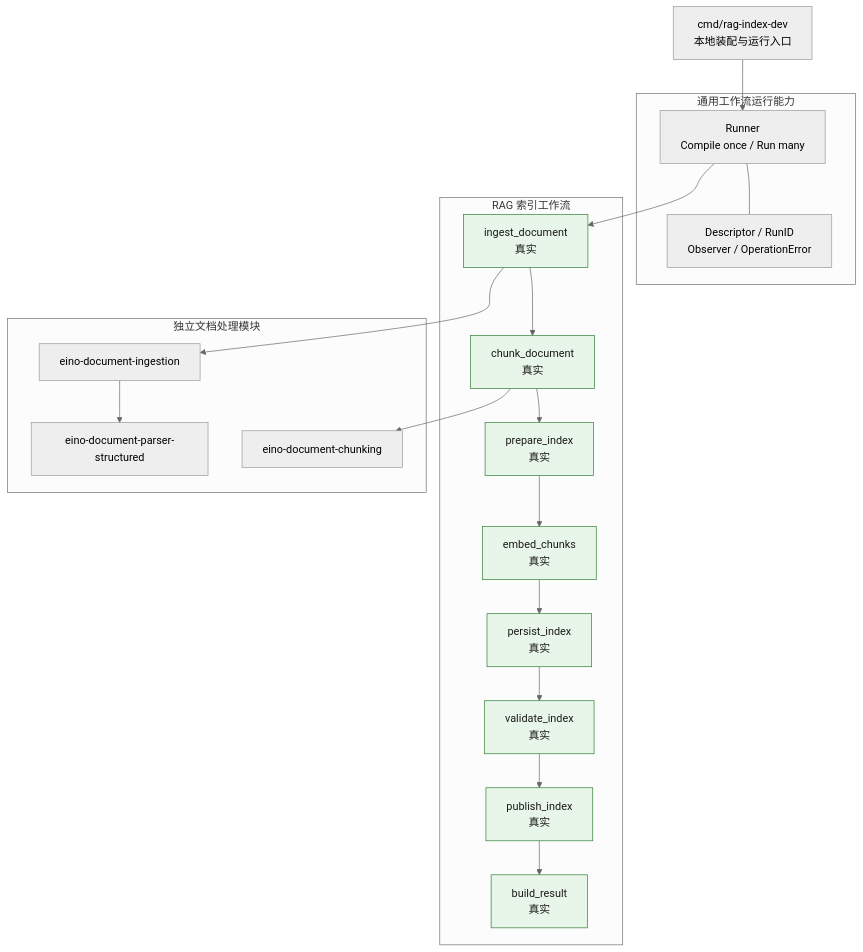
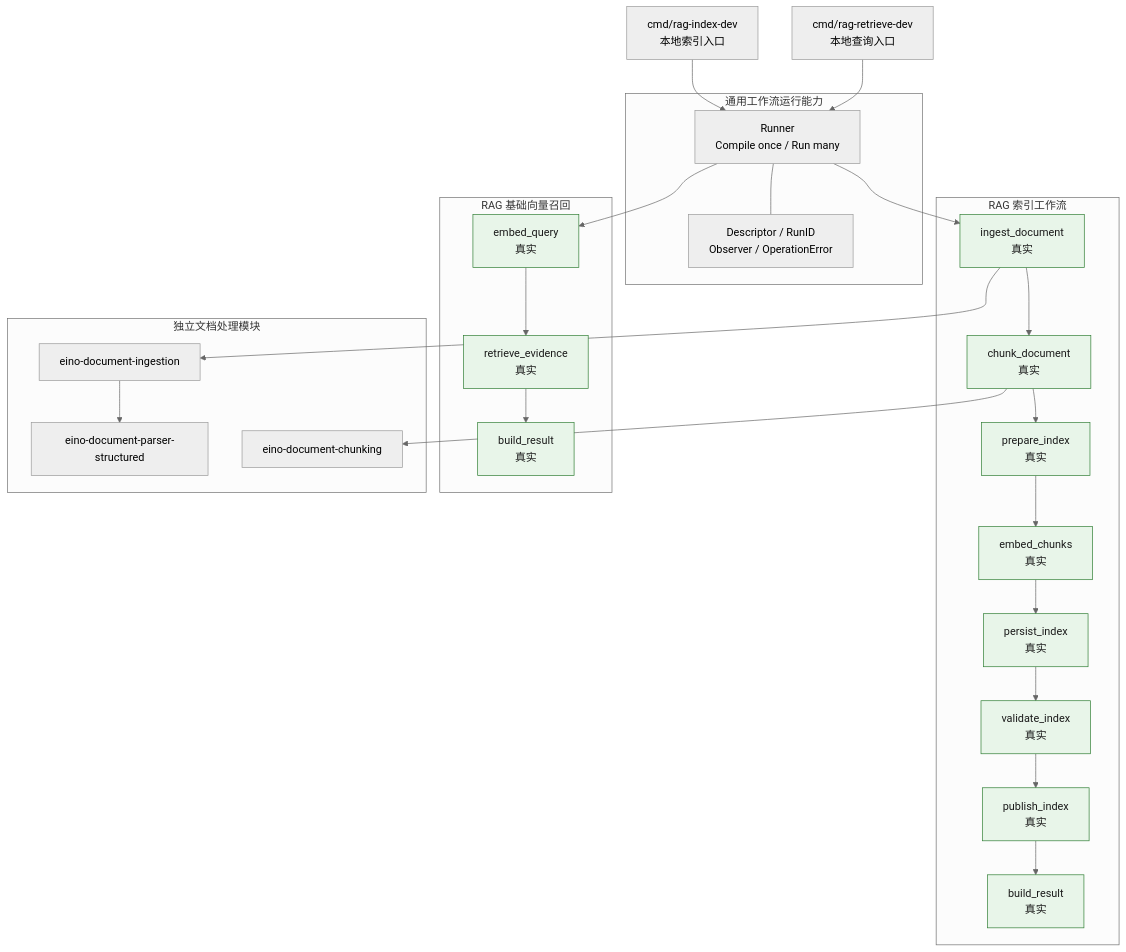
One commit to wo4zhuzi/eino-flow changed the first of 3 diagrams in README.md. Above: the diagram before and after it, drawn with Mermaid (neutral theme). The commit also changed other lines of this file and 10 other files, not shown here.

````diff
--- a/README.md
+++ b/README.md
@@ -28,37 +31,47 @@
 ```mermaid
 flowchart TB
-    Entry[cmd/rag-index-dev<br/>本地装配与运行入口]
+    IndexEntry[cmd/rag-index-dev<br/>本地索引入口]
+    RetrievalEntry[cmd/rag-retrieve-dev<br/>本地查询入口]
 
     subgraph Runtime[通用工作流运行能力]
         Runner[Runner<br/>Compile once / Run many]
         Governance[Descriptor / RunID<br/>Observer / OperationError]
         Runner --- Governance
     end
 
     subgraph RAG[RAG 索引工作流]
         Ingest[ingest_document<br/>真实]
         Chunk[chunk_document<br/>真实]
         Prepare[prepare_index<br/>真实]
         Embed[embed_chunks<br/>真实]
         Persist[persist_index<br/>真实]
         Validate[validate_index<br/>真实]
         Publish[publish_index<br/>真实]
         Result[build_result<br/>真实]
 
         Ingest --> Chunk --> Prepare --> Embed --> Persist --> Validate --> Publish --> Result
     end
 
+    subgraph Retrieval[RAG 基础向量召回]
+        QueryEmbed[embed_query<br/>真实]
+        Search[retrieve_evidence<br/>真实]
+        RetrievalResult[build_result<br/>真实]
+
+        QueryEmbed --> Search --> RetrievalResult
+    end
+
     subgraph Packages[独立文档处理模块]
         Ingestion[eino-document-ingestion]
         Parser[eino-document-parser-structured]
         Chunking[eino-document-chunking]
     end
 
-    Entry --> Runner --> Ingest
+    IndexEntry --> Runner --> Ingest
+    RetrievalEntry --> Runner --> QueryEmbed
     Ingest --> Ingestion
     Ingestion --> Parser
     Chunk --> Chunking
 
     classDef real fill:#e8f5e9,stroke:#2e7d32,color:#1b1b1b;
-    class Ingest,Chunk,Prepare,Embed,Persist,Validate,Publish,Result real;
+    class Ingest,Chunk,Prepare,Embed,Persist,Validate,Publish,Result,QueryEmbed,Search,RetrievalResult real;
 ```
````
